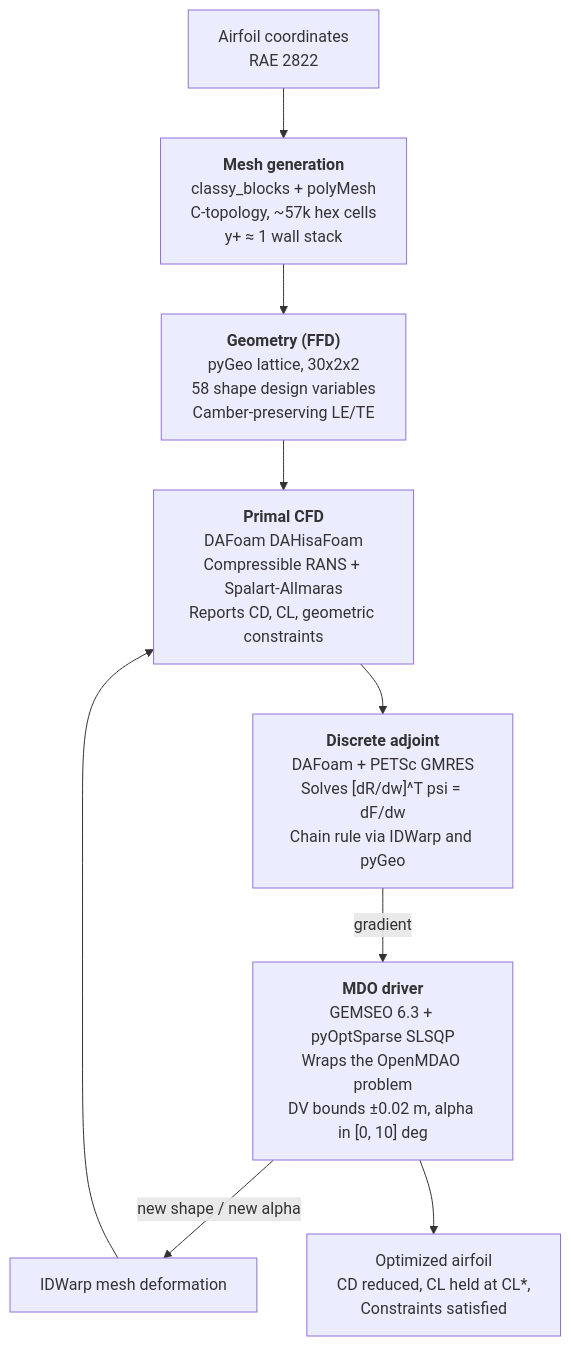
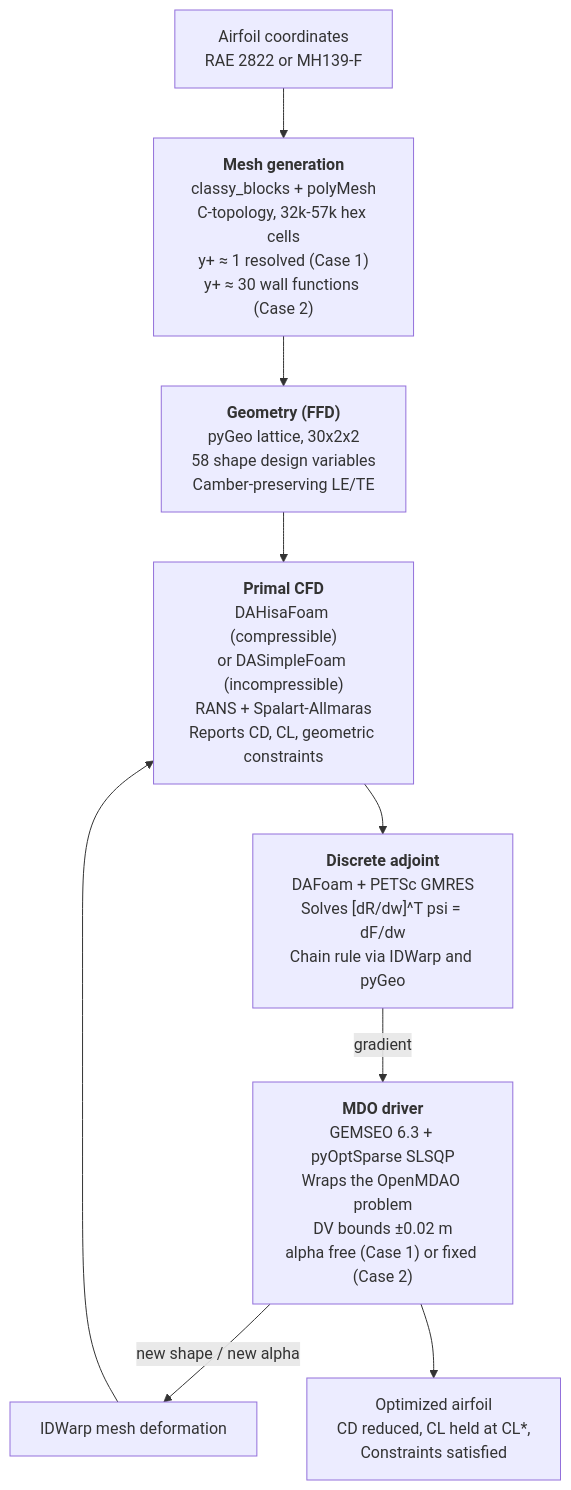
The diagram in docs/REPORT.md (phaniraghava1234/LALE_Optimization), drawn with Mermaid before and after one commit. The commit also changed other lines of this file and 5 other files, not shown here.

````diff
--- a/docs/REPORT.md
+++ b/docs/REPORT.md
@@ -116,13 +109,13 @@
 ```mermaid
 flowchart TB
-    A["Airfoil coordinates<br/>RAE 2822"] --> B
-    B["<b>Mesh generation</b><br/>classy_blocks + polyMesh<br/>C-topology, ~57k hex cells<br/>y+ ≈ 1 wall stack"] --> C
+    A["Airfoil coordinates<br/>RAE 2822 or MH139-F"] --> B
+    B["<b>Mesh generation</b><br/>classy_blocks + polyMesh<br/>C-topology, 32k-57k hex cells<br/>y+ ≈ 1 resolved (Case 1)<br/>y+ ≈ 30 wall functions (Case 2)"] --> C
     C["<b>Geometry (FFD)</b><br/>pyGeo lattice, 30x2x2<br/>58 shape design variables<br/>Camber-preserving LE/TE"] --> D
-    D["<b>Primal CFD</b><br/>DAFoam DAHisaFoam<br/>Compressible RANS + Spalart-Allmaras<br/>Reports CD, CL, geometric constraints"] --> E
+    D["<b>Primal CFD</b><br/>DAHisaFoam (compressible)<br/>or DASimpleFoam (incompressible)<br/>RANS + Spalart-Allmaras<br/>Reports CD, CL, geometric constraints"] --> E
     E["<b>Discrete adjoint</b><br/>DAFoam + PETSc GMRES<br/>Solves [dR/dw]^T psi = dF/dw<br/>Chain rule via IDWarp and pyGeo"]
     E -->|gradient| F
-    F["<b>MDO driver</b><br/>GEMSEO 6.3 + pyOptSparse SLSQP<br/>Wraps the OpenMDAO problem<br/>DV bounds ±0.02 m, alpha in [0, 10] deg"]
+    F["<b>MDO driver</b><br/>GEMSEO 6.3 + pyOptSparse SLSQP<br/>Wraps the OpenMDAO problem<br/>DV bounds ±0.02 m<br/>alpha free (Case 1) or fixed (Case 2)"]
     F -->|new shape / new alpha| G["IDWarp mesh deformation"]
     G --> D
     F --> H["Optimized airfoil<br/>CD reduced, CL held at CL*,<br/>Constraints satisfied"]
 ```
````
